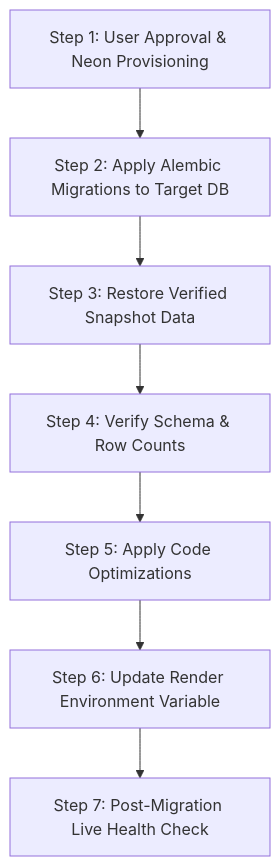
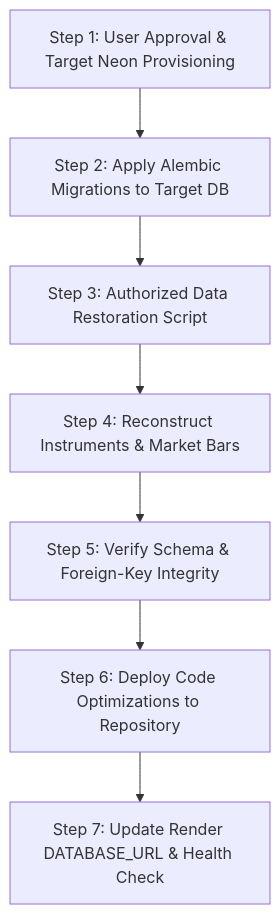
One commit to mk070/Algo-trading changed the diagram in research/database/NEON_MIGRATION_PLAN.md. Above: the diagram before and after it, drawn with Mermaid. The commit also changed other lines of this file and 55 other files, not shown here.

````diff
--- a/research/database/NEON_MIGRATION_PLAN.md
+++ b/research/database/NEON_MIGRATION_PLAN.md
@@ -63,9 +93,9 @@
 ```mermaid
 flowchart TD
-    A[Step 1: User Approval & Neon Provisioning] --> B[Step 2: Apply Alembic Migrations to Target DB]
-    B --> C[Step 3: Restore Verified Snapshot Data]
-    C --> D[Step 4: Verify Schema & Row Counts]
-    D --> E[Step 5: Apply Code Optimizations]
-    E --> F[Step 6: Update Render Environment Variable]
-    F --> G[Step 7: Post-Migration Live Health Check]
+    A[Step 1: User Approval & Target Neon Provisioning] --> B[Step 2: Apply Alembic Migrations to Target DB]
+    B --> C[Step 3: Authorized Data Restoration Script]
+    C --> D[Step 4: Reconstruct Instruments & Market Bars]
+    D --> E[Step 5: Verify Schema & Foreign-Key Integrity]
+    E --> F[Step 6: Deploy Code Optimizations to Repository]
+    F --> G[Step 7: Update Render DATABASE_URL & Health Check]
 ```
````
